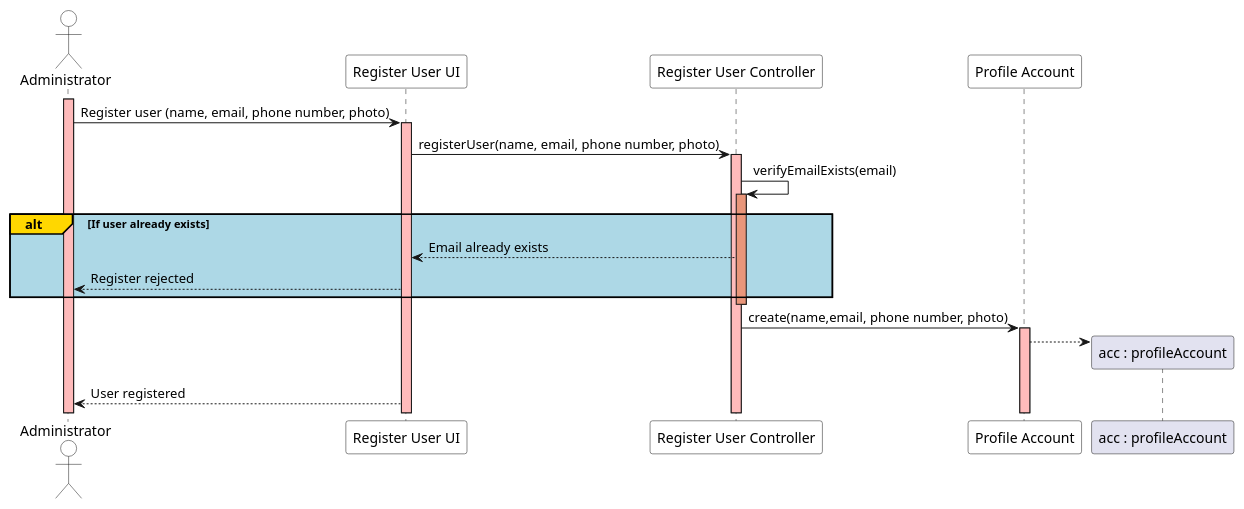
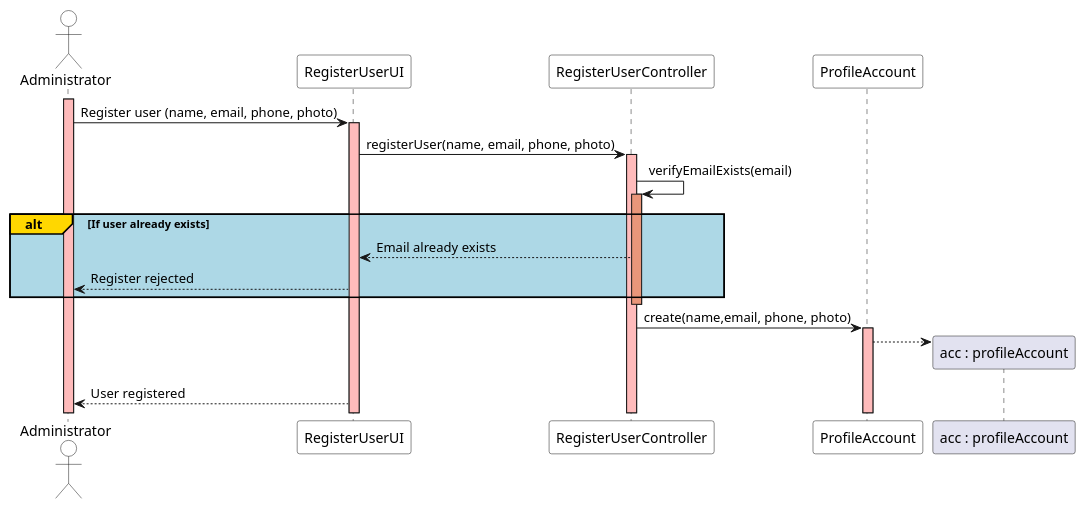
Before and after one commit to ivo-menezes/project_g3: the diagram in docs/modelling_design/user_stories/us002/US002_RegisterUserSD.puml, drawn with PlantUML. The commit also changed 4 other files, not shown here.

```diff
--- a/docs/modelling_design/user_stories/us002/US002_RegisterUserSD.puml
+++ b/docs/modelling_design/user_stories/us002/US002_RegisterUserSD.puml
@@ -1,31 +1,31 @@
 @startuml
 
 actor Administrator  as Administrator #white
-participant "Register User UI" as UI #white
-participant "Register User Controller" as Controller #white
-participant "Profile Account" as Account #white
+participant "RegisterUserUI" as UI #white
+participant "RegisterUserController" as Controller #white
+participant "ProfileAccount" as Account #white
 
 activate Administrator #FFBBBB
-Administrator ->  UI : Register user (name, email, phone number, photo)
+Administrator ->  UI : Register user (name, email, phone, photo)
 activate UI #FFBBBB
-UI -> Controller : registerUser(name, email, phone number, photo)
+UI -> Controller : registerUser(name, email, phone, photo)
 
 activate Controller #FFBBBB
 Controller -> Controller : verifyEmailExists(email)
 activate Controller #E9967A
 
 'Números dentro da caixa?
 alt#Gold #LightBlue If user already exists
    UI <-- Controller : Email already exists
    Administrator <-- UI : Register rejected
 end
 deactivate Controller
 
-Controller -> Account : create(name,email, phone number, photo)
+Controller -> Account : create(name,email, phone, photo)
 activate Account #FFBBBB
 Account -->"acc : profileAccount" **
 'Controller -> Account : validateProfile(name,email, phone number, photo)
 
 UI --> Administrator : User registered
 
 @enduml
```
